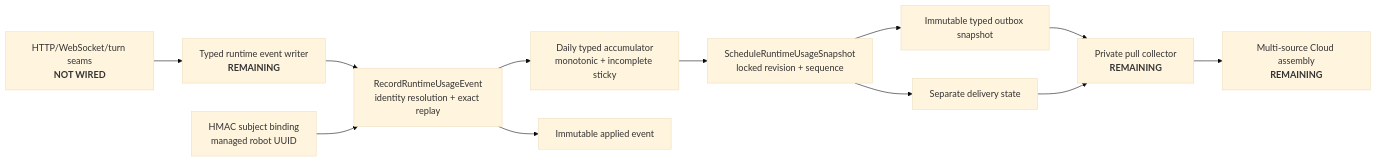
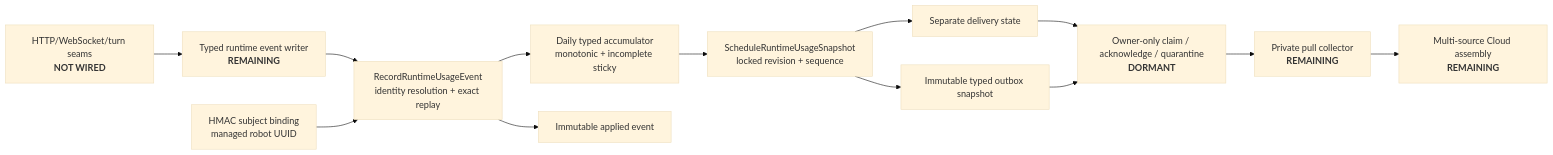
One commit to Jibo-Revival-Group/JiboExperiments changed the diagram in OpenJibo/docs/architecture/runtime-usage-outbox.md. Above: the diagram before and after it, drawn with Mermaid (base theme). The commit also changed other lines of this file and 3 other files, not shown here.

Commit message:
Add dormant runtime usage delivery boundary

````diff
--- a/OpenJibo/docs/architecture/runtime-usage-outbox.md
+++ b/OpenJibo/docs/architecture/runtime-usage-outbox.md
@@ -8,24 +8,24 @@
 ```mermaid
 flowchart LR
     Runtime["HTTP/WebSocket/turn seams<br/><b>NOT WIRED</b>"]
     Writer["Typed runtime event writer<br/><b>REMAINING</b>"]
     Record["RecordRuntimeUsageEvent<br/>identity resolution + exact replay"]
     Binding["HMAC subject binding<br/>managed robot UUID"]
     Accumulator["Daily typed accumulator<br/>monotonic + incomplete sticky"]
     Receipt["Immutable applied event"]
     Schedule["ScheduleRuntimeUsageSnapshot<br/>locked revision + sequence"]
     Message["Immutable typed outbox snapshot"]
     Delivery["Separate delivery state"]
+    DeliveryApi["Owner-only claim / acknowledge / quarantine<br/><b>DORMANT</b>"]
     Collector["Private pull collector<br/><b>REMAINING</b>"]
     Assembly["Multi-source Cloud assembly<br/><b>REMAINING</b>"]
 
     Runtime --> Writer --> Record
     Binding --> Record
     Record --> Accumulator
     Record --> Receipt
     Accumulator --> Schedule
     Schedule --> Message
-    Schedule --> Delivery
-    Message --> Collector --> Assembly
-    Delivery --> Collector
+    Schedule --> Delivery --> DeliveryApi
+    Message --> DeliveryApi --> Collector --> Assembly
 ```
````
